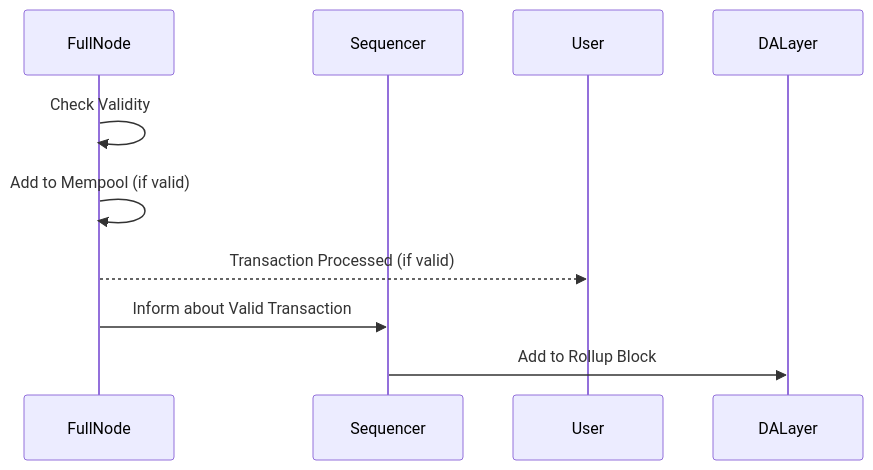
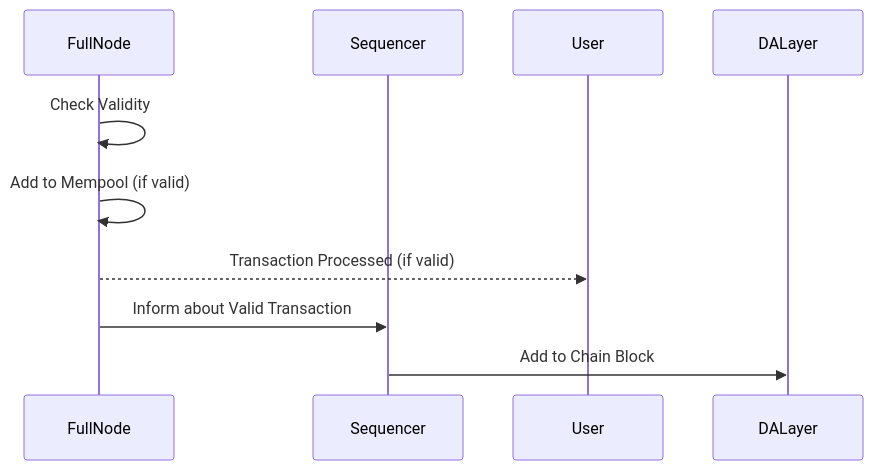
Before and after one commit to rollkit/docs: the second of 3 diagrams in learn/transaction-flow.md, drawn with Mermaid. The commit also changed other lines of this file and 24 other files, not shown here.

````diff
--- a/learn/transaction-flow.md
+++ b/learn/transaction-flow.md
@@ -25,11 +25,11 @@
 ```mermaid
 sequenceDiagram
     participant FullNode
     participant Sequencer
 
     FullNode->>FullNode: Check Validity
     FullNode->>FullNode: Add to Mempool (if valid)
     FullNode-->>User: Transaction Processed (if valid)
     FullNode->>Sequencer: Inform about Valid Transaction
-    Sequencer->>DALayer: Add to Rollup Block
+    Sequencer->>DALayer: Add to Chain Block
 ```
````
